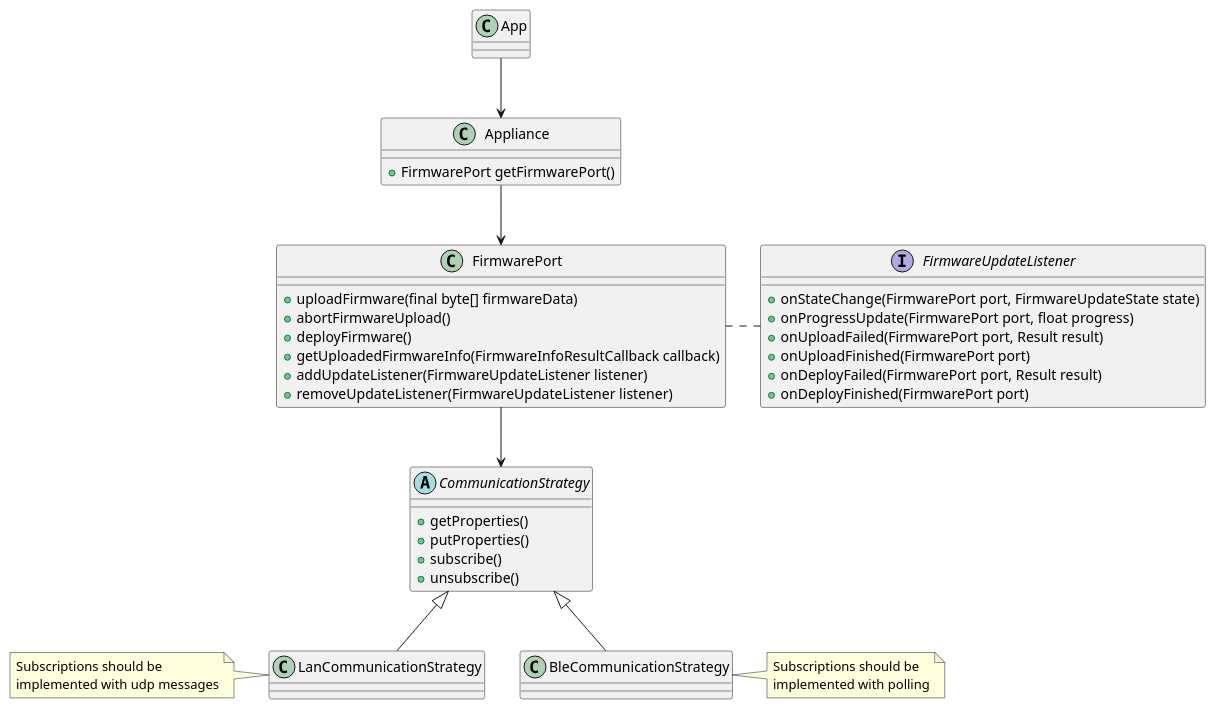
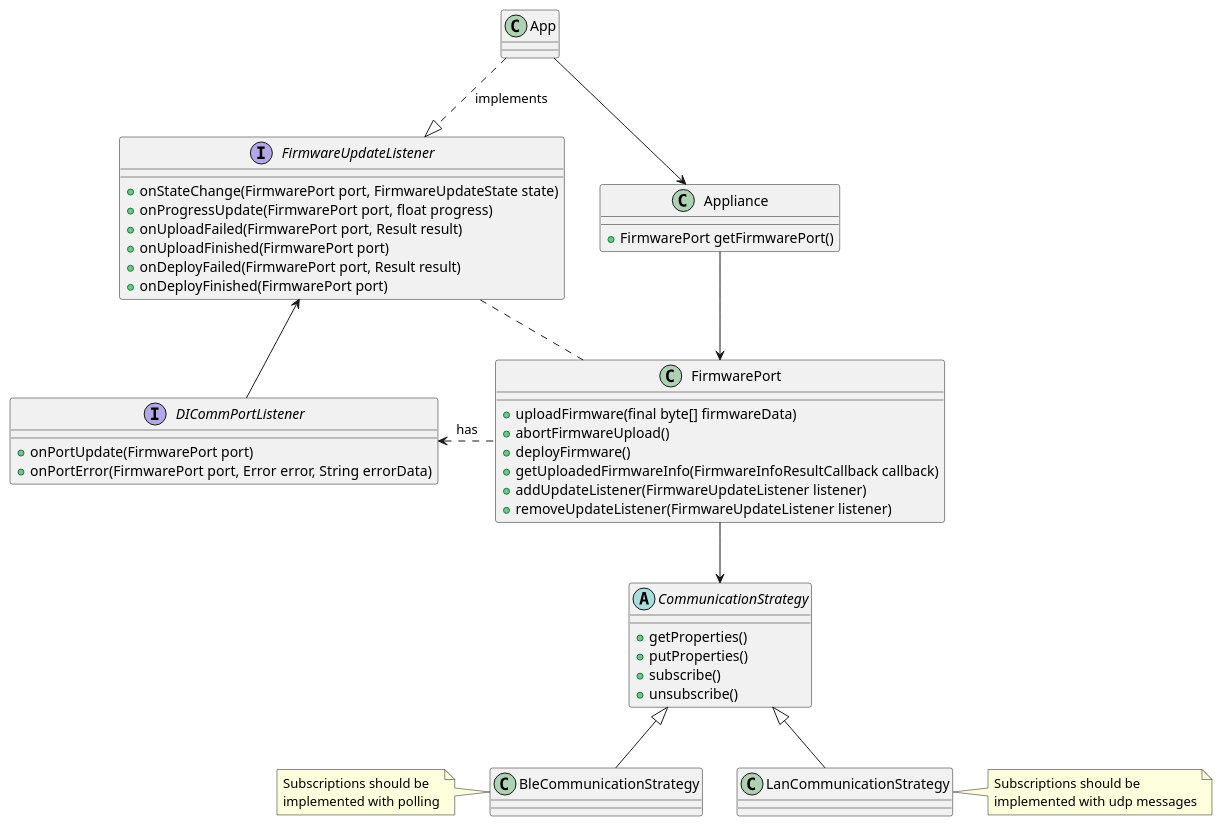
One commit to rahul2008/mobile-plf-android changed the diagram in Documents/Internal/FirewareUpgrade.puml. Above: the diagram before and after it, drawn with PlantUML.

Commit message:
CON-101 Improvement on class diagram with api for Firmware Upgrade

```diff
--- a/Documents/Internal/FirewareUpgrade.puml
+++ b/Documents/Internal/FirewareUpgrade.puml
@@ -1,50 +1,60 @@
 @startuml
 
 class App {
 }
 
 class Appliance {
     + FirmwarePort getFirmwarePort()
 }
 
 class FirmwarePort {
     + uploadFirmware(final byte[] firmwareData)
     + abortFirmwareUpload()
     + deployFirmware()
     + getUploadedFirmwareInfo(FirmwareInfoResultCallback callback)
     + addUpdateListener(FirmwareUpdateListener listener)
     + removeUpdateListener(FirmwareUpdateListener listener)
 }
 
 interface FirmwareUpdateListener {
     + onStateChange(FirmwarePort port, FirmwareUpdateState state)
     + onProgressUpdate(FirmwarePort port, float progress)
     + onUploadFailed(FirmwarePort port, Result result)
     + onUploadFinished(FirmwarePort port)
     + onDeployFailed(FirmwarePort port, Result result)
     + onDeployFinished(FirmwarePort port)
 }
 
+interface DICommPortListener {
+    + onPortUpdate(FirmwarePort port)
+    + onPortError(FirmwarePort port, Error error, String errorData)
+}
+
 abstract class CommunicationStrategy {
     + getProperties()
     + putProperties()
     + subscribe()
     + unsubscribe()
 }
 
-class LanCommunicationStrategy {
-}
-note left : Subscriptions should be\nimplemented with udp messages
 
 class BleCommunicationStrategy {
 }
-note right : Subscriptions should be\nimplemented with polling
+note left : Subscriptions should be\nimplemented with polling
 
-App --> Appliance
-Appliance --> FirmwarePort
-FirmwarePort .right. FirmwareUpdateListener
+class LanCommunicationStrategy {
+}
+note right : Subscriptions should be\nimplemented with udp messages
+
+
+App -down-> Appliance
+App ..|> FirmwareUpdateListener : implements
+Appliance -down-> FirmwarePort
+FirmwarePort .. FirmwareUpdateListener
+FirmwarePort .left.> DICommPortListener: has
+DICommPortListener -up-> FirmwareUpdateListener
 CommunicationStrategy <|-- LanCommunicationStrategy
 CommunicationStrategy <|-- BleCommunicationStrategy
 FirmwarePort --> CommunicationStrategy
 
 @enduml
```
